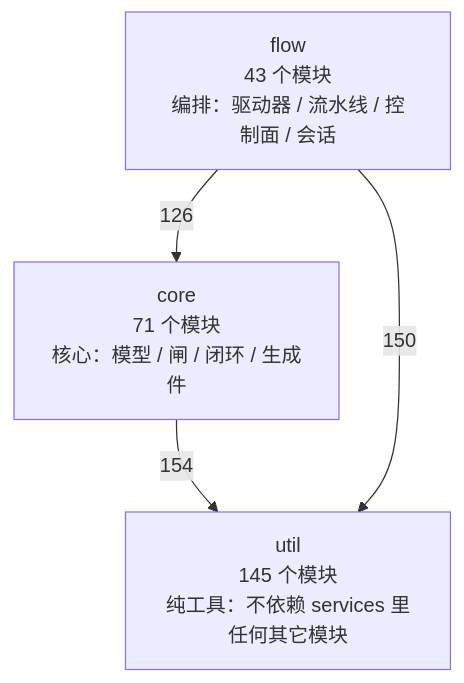
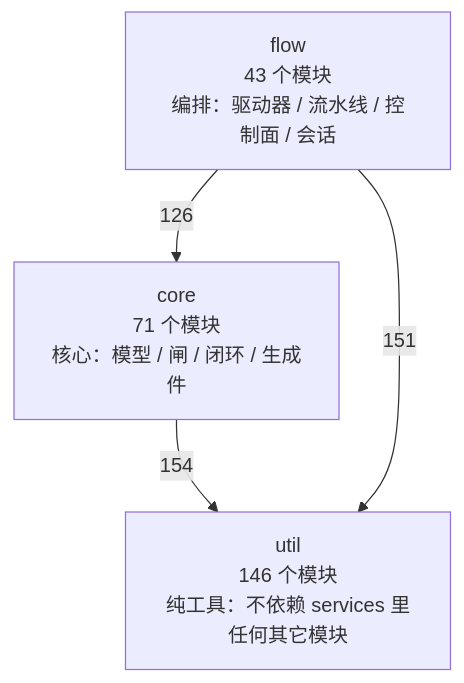
One commit to 2686521696/WhyBuddy changed the first of 4 diagrams in docs/SlideRule V6.2 架构图（自动生成）.md. Above: the diagram before and after it, drawn with Mermaid. The commit also changed other lines of this file and 13 other files, not shown here.

````diff
--- a/docs/SlideRule V6.2 架构图（自动生成）.md
+++ b/docs/SlideRule V6.2 架构图（自动生成）.md
@@ -50,9 +50,9 @@
 ```mermaid
 flowchart TB
-  util["util<br/>145 个模块<br/>纯工具：不依赖 services 里任何其它模块"]
+  util["util<br/>146 个模块<br/>纯工具：不依赖 services 里任何其它模块"]
   core["core<br/>71 个模块<br/>核心：模型 / 闸 / 闭环 / 生成件"]
   flow["flow<br/>43 个模块<br/>编排：驱动器 / 流水线 / 控制面 / 会话"]
   core -->|154| util
   flow -->|126| core
-  flow -->|150| util
+  flow -->|151| util
 ```
````
